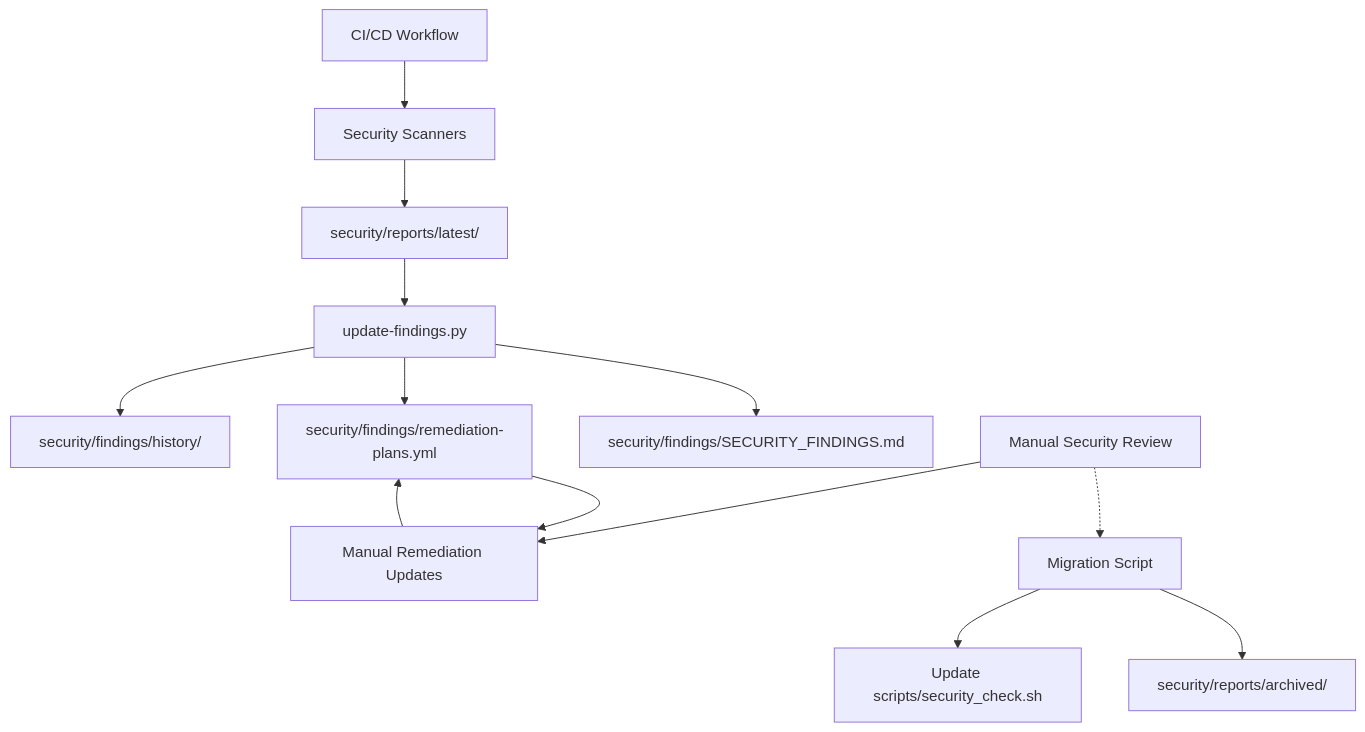
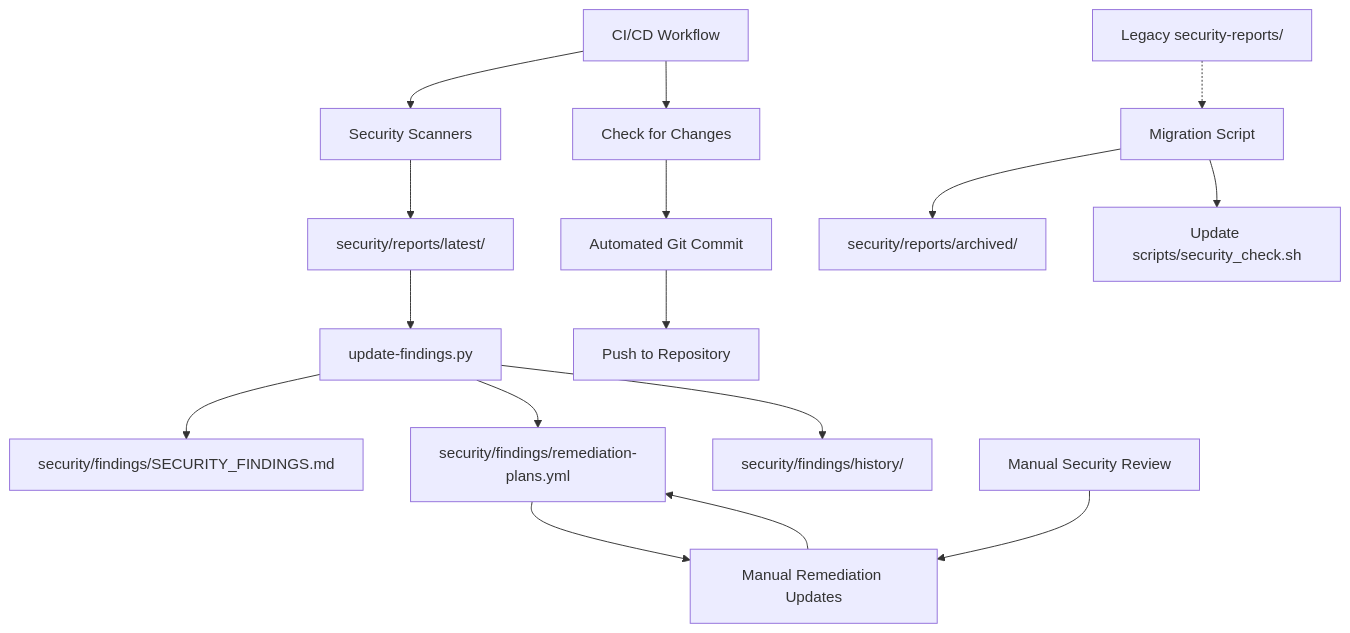
Before and after one commit to stabbotco1/mypylogger: the diagram in .kiro/specs/phase-6-security-findings/design.md, drawn with Mermaid. The commit also changed other lines of this file and 14 other files, not shown here.

First line of the commit message:
feat(security): implement automated repository updates for security findings

````diff
--- a/.kiro/specs/phase-6-security-findings/design.md
+++ b/.kiro/specs/phase-6-security-findings/design.md
@@ -56,17 +56,20 @@
 ```mermaid
 graph TD
     A[Security Scanners] --> B[security/reports/latest/]
     B --> C[update-findings.py]
     C --> D[security/findings/SECURITY_FINDINGS.md]
     C --> E[security/findings/remediation-plans.yml]
     E --> F[Manual Remediation Updates]
     F --> E
     C --> G[security/findings/history/]
     
     H[CI/CD Workflow] --> A
+    H --> I[Check for Changes]
+    I --> J[Automated Git Commit]
+    J --> K[Push to Repository]
     
-    I[Legacy security-reports/] -.-> J[Migration Script]
-    J --> K[security/reports/archived/]
-    J --> L[Update scripts/security_check.sh]
-    I[Manual Security Review] --> F
+    L[Legacy security-reports/] -.-> M[Migration Script]
+    M --> N[security/reports/archived/]
+    M --> O[Update scripts/security_check.sh]
+    P[Manual Security Review] --> F
 ```
````
